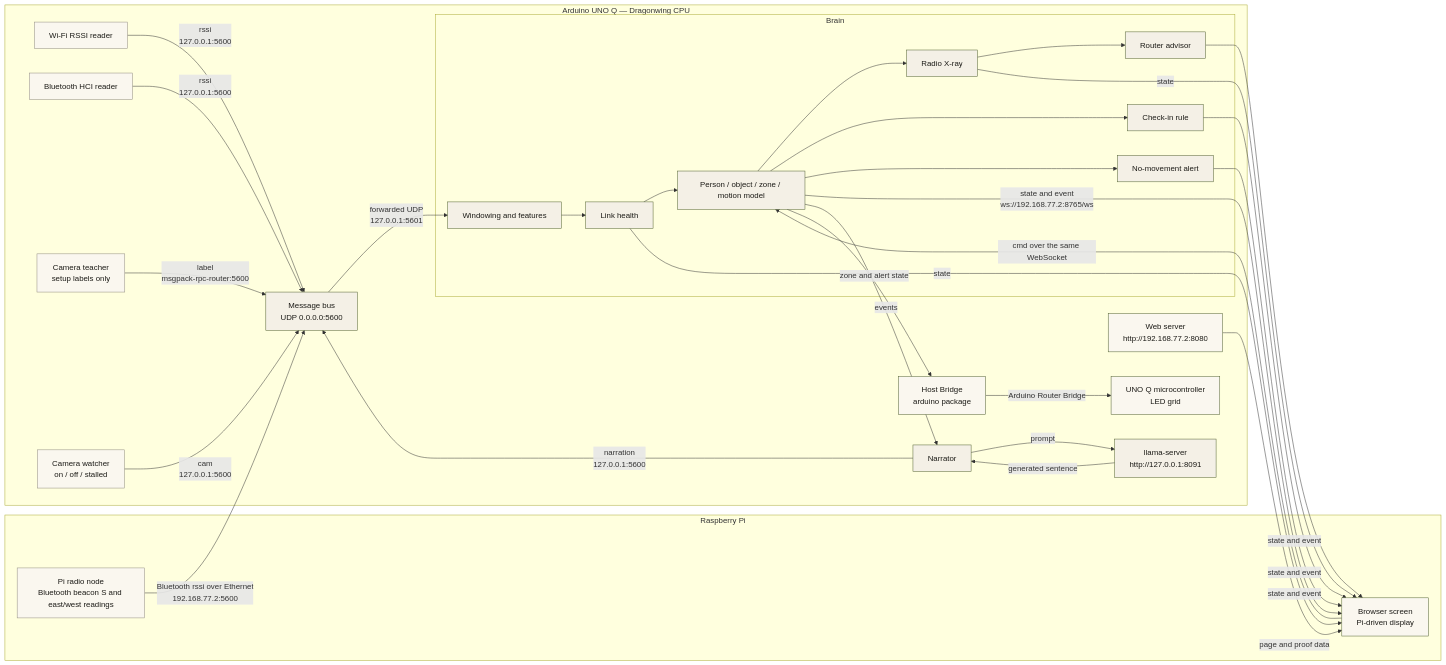
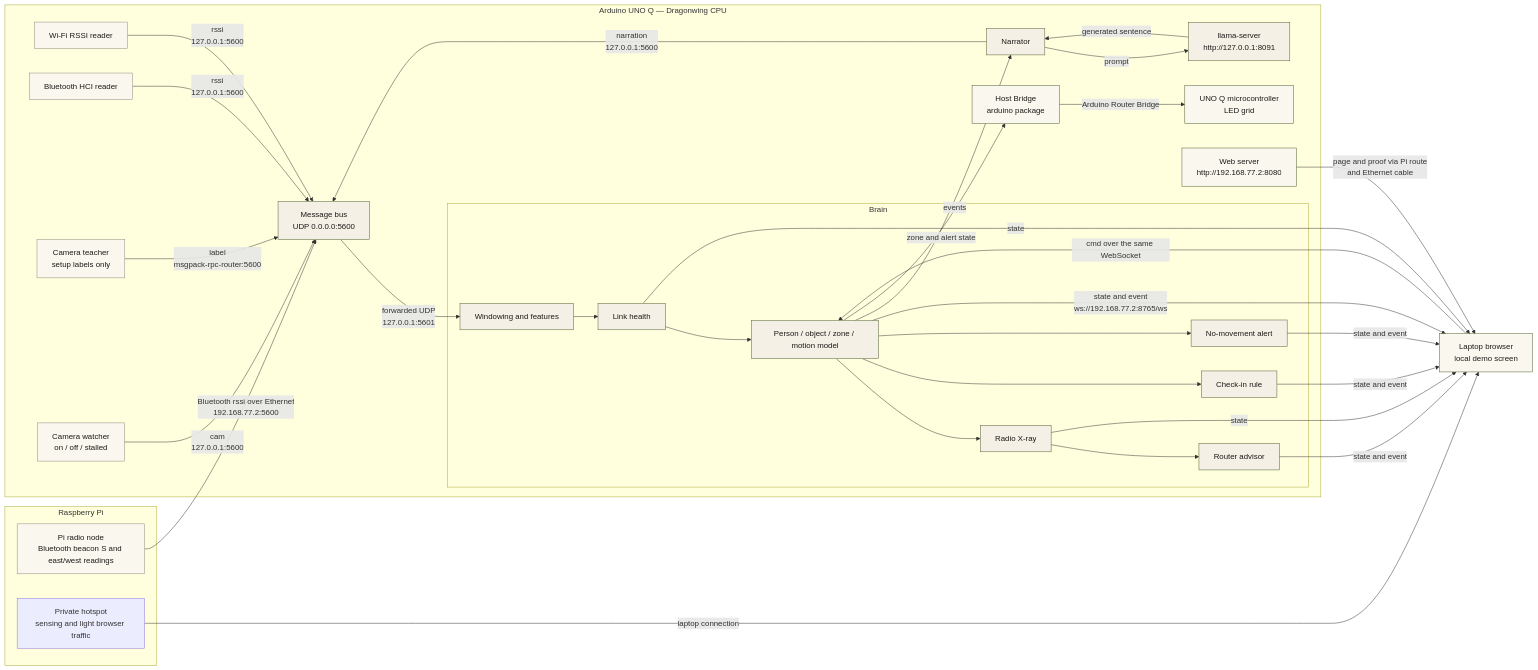
Before and after one commit to alebarojas2026/echo: the diagram in docs/architecture.md, drawn with Mermaid. The commit also changed other lines of this file and 14 other files, not shown here.

````diff
--- a/docs/architecture.md
+++ b/docs/architecture.md
@@ -5,68 +5,71 @@
 ```mermaid
 flowchart LR
     subgraph PI["Raspberry Pi"]
         PI_RADIO["Pi radio node<br/>Bluetooth beacon S and east/west readings"]
-        SCREEN["Browser screen<br/>Pi-driven display"]
+        HOTSPOT["Private hotspot<br/>sensing and light browser traffic"]
     end
+
+    SCREEN["Laptop browser<br/>local demo screen"]
 
     subgraph UNO["Arduino UNO Q — Dragonwing CPU"]
         WIFI["Wi-Fi RSSI reader"]
         BLE["Bluetooth HCI reader"]
         TEACHER["Camera teacher<br/>setup labels only"]
         CAMWATCH["Camera watcher<br/>on / off / stalled"]
         BUS["Message bus<br/>UDP 0.0.0.0:5600"]
 
         subgraph BRAIN["Brain"]
             FEATURES["Windowing and features"]
             HEALTH["Link health"]
             MODEL["Person / object / zone / motion model"]
             XRAY["Radio X-ray"]
             CHECKIN["Check-in rule"]
             ALERT["No-movement alert"]
             ADVISOR["Router advisor"]
         end
 
         NARRATOR["Narrator"]
         LLAMA["llama-server<br/>http://127.0.0.1:8091"]
         SERVE["Web server<br/>http://192.168.77.2:8080"]
         BRIDGE["Host Bridge<br/>arduino package"]
         LED["UNO Q microcontroller<br/>LED grid"]
     end
 
     PI_RADIO -->|"Bluetooth rssi over Ethernet<br/>192.168.77.2:5600"| BUS
+    HOTSPOT -->|"laptop connection"| SCREEN
     WIFI -->|"rssi<br/>127.0.0.1:5600"| BUS
     BLE -->|"rssi<br/>127.0.0.1:5600"| BUS
     TEACHER -->|"label<br/>msgpack-rpc-router:5600"| BUS
     CAMWATCH -->|"cam<br/>127.0.0.1:5600"| BUS
 
     BUS -->|"forwarded UDP<br/>127.0.0.1:5601"| FEATURES
     FEATURES --> HEALTH
     HEALTH --> MODEL
     MODEL --> XRAY
     MODEL --> CHECKIN
     MODEL --> ALERT
     XRAY --> ADVISOR
 
     MODEL -->|"state and event<br/>ws://192.168.77.2:8765/ws"| SCREEN
     XRAY -->|"state"| SCREEN
     HEALTH -->|"state"| SCREEN
     CHECKIN -->|"state and event"| SCREEN
     ALERT -->|"state and event"| SCREEN
     ADVISOR -->|"state and event"| SCREEN
-    SERVE -->|"page and proof data"| SCREEN
+    SERVE -->|"page and proof via Pi route<br/>and Ethernet cable"| SCREEN
     SCREEN -->|"cmd over the same WebSocket"| MODEL
 
     MODEL -->|"events"| NARRATOR
     NARRATOR -->|"prompt"| LLAMA
     LLAMA -->|"generated sentence"| NARRATOR
     NARRATOR -->|"narration<br/>127.0.0.1:5600"| BUS
     MODEL -->|"zone and alert state"| BRIDGE
     BRIDGE -->|"Arduino Router Bridge"| LED
 
     classDef source fill:#FAF7EF,stroke:#8F8A7E,color:#1C1B17;
     classDef core fill:#F4F0E6,stroke:#4F5E2E,color:#1C1B17;
     classDef output fill:#FAF7EF,stroke:#4F5E2E,color:#1C1B17;
     class PI_RADIO,WIFI,BLE,TEACHER,CAMWATCH source;
     class BUS,FEATURES,HEALTH,MODEL,XRAY,CHECKIN,ALERT,ADVISOR,NARRATOR,LLAMA core;
     class SCREEN,SERVE,BRIDGE,LED output;
 ```
````
